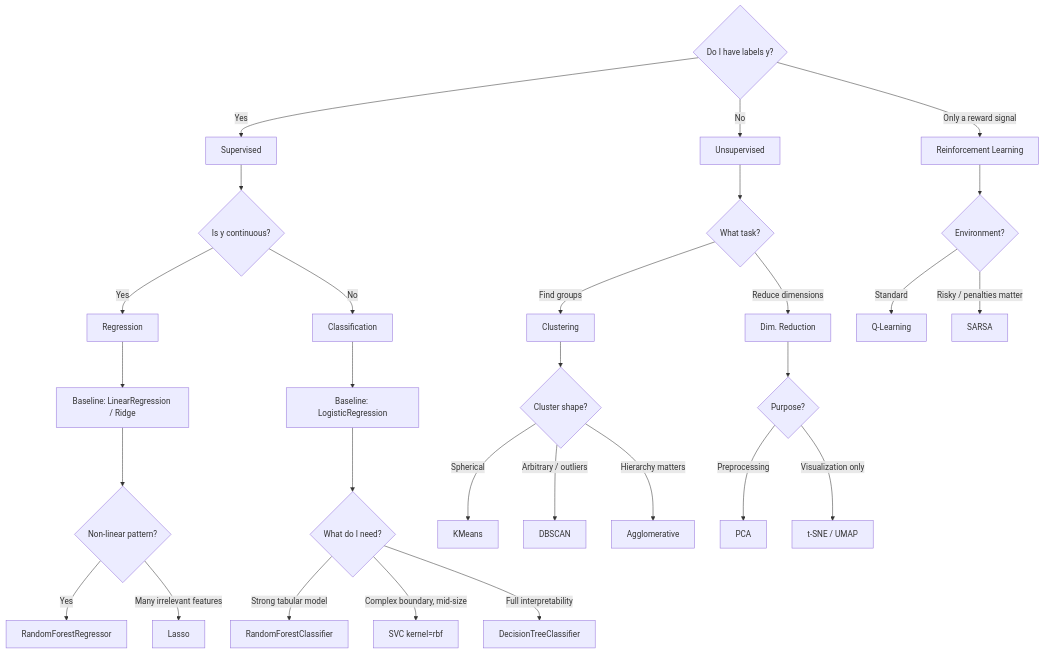
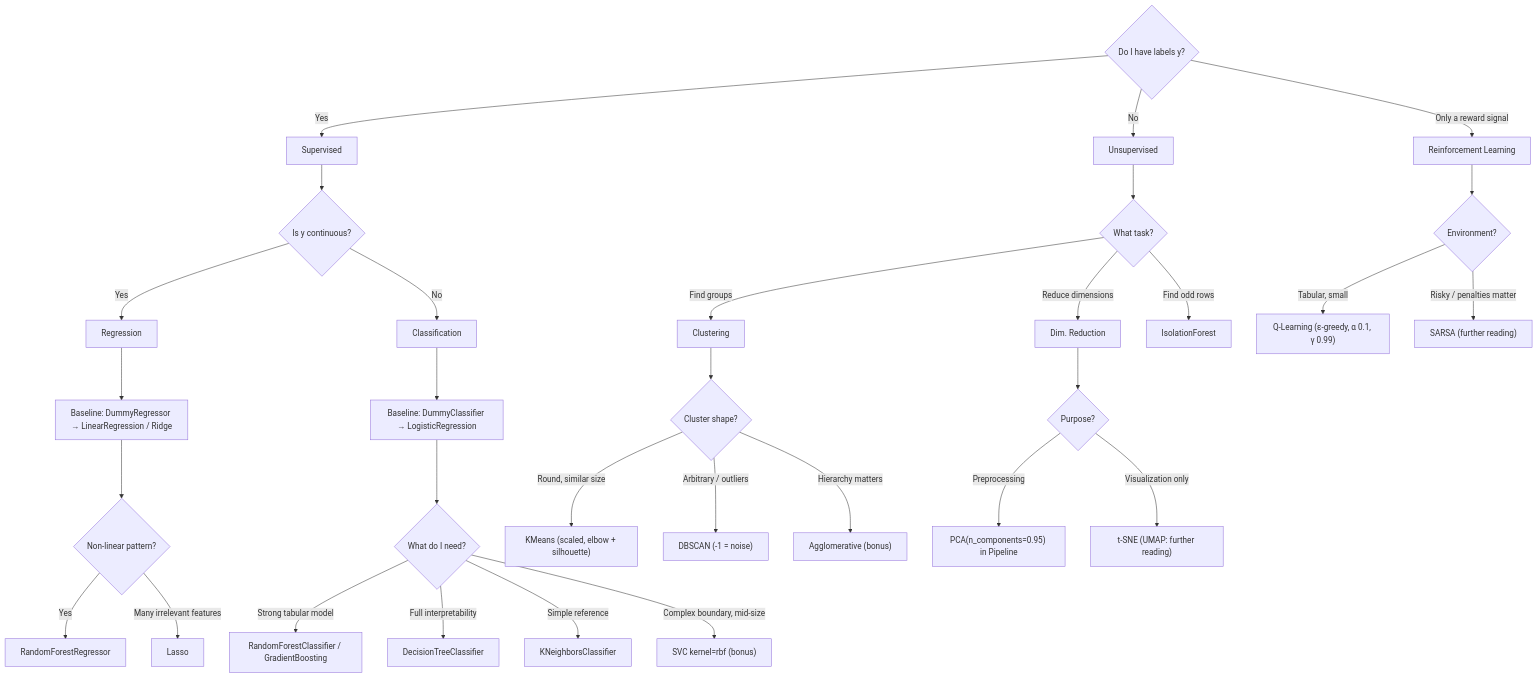
Before and after one commit to dpinezich/apml_uzh: the fourth of 4 diagrams in 0-material/cheatsheet.md, drawn with Mermaid. The commit also changed other lines of this file and 1 other file, not shown here.

````diff
--- a/0-material/cheatsheet.md
+++ b/0-material/cheatsheet.md
@@ -373,39 +498,41 @@
 ```mermaid
 graph TD
     Start{Do I have labels y?}
     Start -->|Yes| Sup[Supervised]
     Start -->|No| Unsup[Unsupervised]
     Start -->|Only a reward signal| RL[Reinforcement Learning]
 
     Sup --> Ycont{Is y continuous?}
     Ycont -->|Yes| Reg[Regression]
     Ycont -->|No| Cls[Classification]
 
-    Reg --> RegBase[Baseline: LinearRegression / Ridge]
+    Reg --> RegBase["Baseline: DummyRegressor → LinearRegression / Ridge"]
     RegBase --> RegNL{Non-linear pattern?}
     RegNL -->|Yes| RFR[RandomForestRegressor]
     RegNL -->|Many irrelevant features| Lasso[Lasso]
 
-    Cls --> ClsBase[Baseline: LogisticRegression]
+    Cls --> ClsBase["Baseline: DummyClassifier → LogisticRegression"]
     ClsBase --> ClsNeed{What do I need?}
-    ClsNeed -->|Strong tabular model| RFC[RandomForestClassifier]
-    ClsNeed -->|Complex boundary, mid-size| SVM[SVC kernel=rbf]
+    ClsNeed -->|Strong tabular model| RFC["RandomForestClassifier / GradientBoosting"]
     ClsNeed -->|Full interpretability| DT[DecisionTreeClassifier]
+    ClsNeed -->|Simple reference| KNN[KNeighborsClassifier]
+    ClsNeed -->|Complex boundary, mid-size| SVM["SVC kernel=rbf (bonus)"]
 
     Unsup --> UTask{What task?}
     UTask -->|Find groups| Clust[Clustering]
     UTask -->|Reduce dimensions| DR[Dim. Reduction]
+    UTask -->|Find odd rows| IF[IsolationForest]
 
     Clust --> Shape{Cluster shape?}
-    Shape -->|Spherical| KM[KMeans]
-    Shape -->|Arbitrary / outliers| DB[DBSCAN]
-    Shape -->|Hierarchy matters| AG[Agglomerative]
+    Shape -->|Round, similar size| KM["KMeans (scaled, elbow + silhouette)"]
+    Shape -->|Arbitrary / outliers| DB["DBSCAN (-1 = noise)"]
+    Shape -->|Hierarchy matters| AG["Agglomerative (bonus)"]
 
     DR --> Purpose{Purpose?}
-    Purpose -->|Preprocessing| PCA[PCA]
-    Purpose -->|Visualization only| TSNE[t-SNE / UMAP]
+    Purpose -->|Preprocessing| PCA["PCA(n_components=0.95) in Pipeline"]
+    Purpose -->|Visualization only| TSNE["t-SNE (UMAP: further reading)"]
 
     RL --> RLChoice{Environment?}
-    RLChoice -->|Standard| QL[Q-Learning]
-    RLChoice -->|Risky / penalties matter| SARSA[SARSA]
+    RLChoice -->|Tabular, small| QL["Q-Learning (ε-greedy, α 0.1, γ 0.99)"]
+    RLChoice -->|Risky / penalties matter| SARSA["SARSA (further reading)"]
 ```
````
